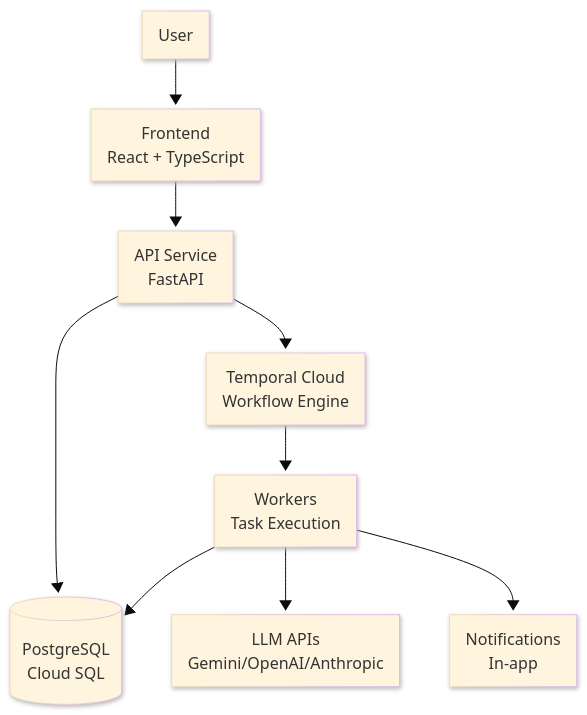
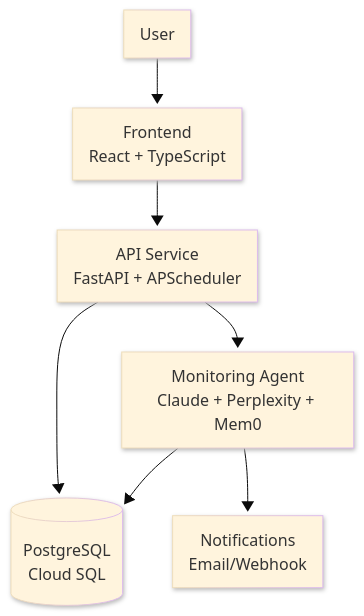
The diagram in docs-site/self-hosted/architecture.md (prassanna-ravishankar/torale), drawn with Mermaid before and after one commit. The commit also changed other lines of this file and 22 other files, not shown here.

Commit message:
docs: purge all Temporal/Gemini references, update for agent architecture

````diff
--- a/docs-site/self-hosted/architecture.md
+++ b/docs-site/self-hosted/architecture.md
@@ -7,25 +7,21 @@
 ```mermaid
 ---
 config:
   look: neo
   theme: base
 ---
 flowchart TB
     User[User]
     Frontend[Frontend<br/>React + TypeScript]
-    API[API Service<br/>FastAPI]
+    API[API Service<br/>FastAPI + APScheduler]
     DB[(PostgreSQL<br/>Cloud SQL)]
-    Temporal[Temporal Cloud<br/>Workflow Engine]
-    Workers[Workers<br/>Task Execution]
-    LLM[LLM APIs<br/>Gemini/OpenAI/Anthropic]
-    Notif[Notifications<br/>In-app]
+    Agent[Monitoring Agent<br/>Claude + Perplexity + Mem0]
+    Notif[Notifications<br/>Email/Webhook]
 
     User --> Frontend
     Frontend --> API
     API --> DB
-    API --> Temporal
-    Temporal --> Workers
-    Workers --> LLM
-    Workers --> Notif
-    Workers --> DB
+    API --> Agent
+    Agent --> Notif
+    Agent --> DB
 ```
````
